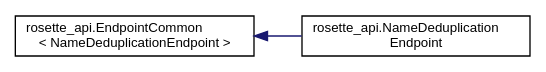
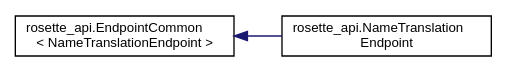
The diagram in inherit_graph_7.dot (rosette-api/dotnet), drawn with Graphviz before and after one commit. The commit also changed 196 other files, not shown here.

```diff
--- a/inherit_graph_7.dot
+++ b/inherit_graph_7.dot
@@ -1,9 +1,9 @@
 digraph "Graphical Class Hierarchy"
 {
   edge [fontname="Helvetica",fontsize="10",labelfontname="Helvetica",labelfontsize="10"];
   node [fontname="Helvetica",fontsize="10",shape=record];
   rankdir="LR";
-  Node0 [label="rosette_api.EndpointCommon\l\< NameDeduplicationEndpoint \>",height=0.2,width=0.4,color="black", fillcolor="white", style="filled",URL="$classrosette__api_1_1_endpoint_common.html"];
+  Node0 [label="rosette_api.EndpointCommon\l\< NameTranslationEndpoint \>",height=0.2,width=0.4,color="black", fillcolor="white", style="filled",URL="$classrosette__api_1_1_endpoint_common.html"];
   Node0 -> Node1 [dir="back",color="midnightblue",fontsize="10",style="solid",fontname="Helvetica"];
-  Node1 [label="rosette_api.NameDeduplication\lEndpoint",height=0.2,width=0.4,color="black", fillcolor="white", style="filled",URL="$classrosette__api_1_1_name_deduplication_endpoint.html"];
+  Node1 [label="rosette_api.NameTranslation\lEndpoint",height=0.2,width=0.4,color="black", fillcolor="white", style="filled",URL="$classrosette__api_1_1_name_translation_endpoint.html"];
 }
```
